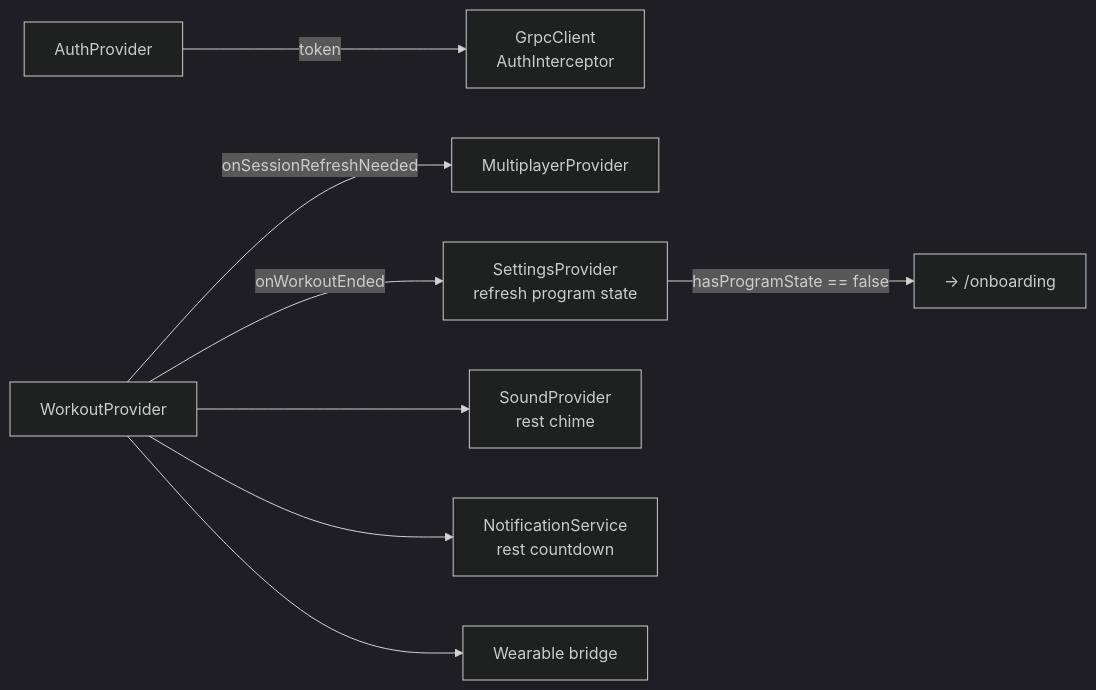
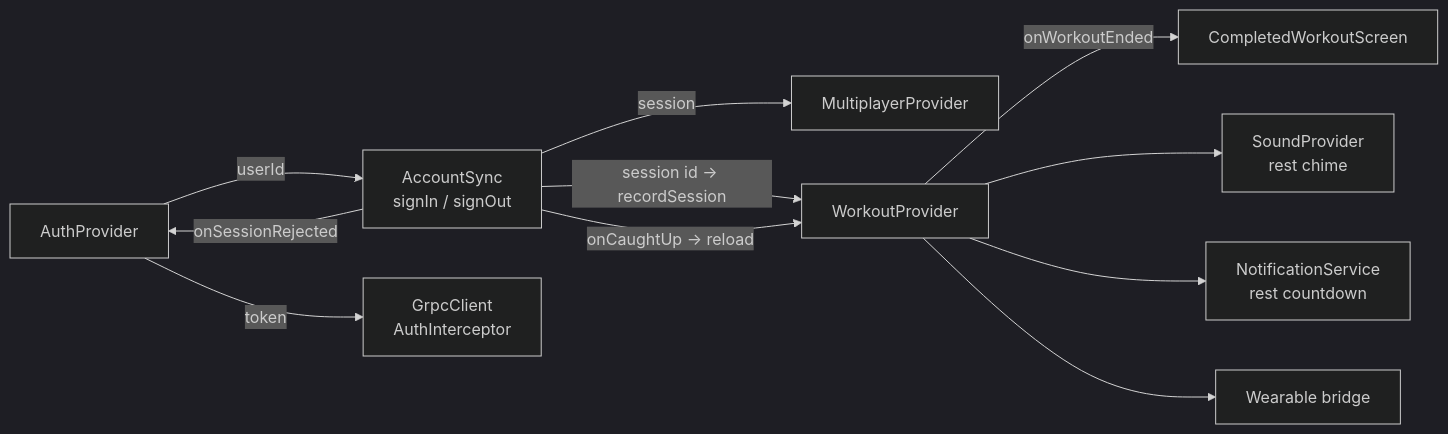
One commit to brensch/lift changed the third of 6 diagrams in docs/architecture/app.md. Above: the diagram before and after it, drawn with Mermaid (dark theme). The commit also changed other lines of this file and 214 other files, not shown here.

````diff
--- a/docs/architecture/app.md
+++ b/docs/architecture/app.md
@@ -46,10 +88,13 @@
 ```mermaid
 graph LR
-    AP["AuthProvider"] -->|"token"| GC["GrpcClient<br/>AuthInterceptor"]
-    WP["WorkoutProvider"] -->|"onSessionRefreshNeeded"| MP["MultiplayerProvider"]
-    WP -->|"onWorkoutEnded"| SP["SettingsProvider<br/>refresh program state"]
-    SP -->|"hasProgramState == false"| ONB["→ /onboarding"]
+    AP["AuthProvider"] -->|"userId"| AS["AccountSync<br/>signIn / signOut"]
+    AP -->|"token"| GC["GrpcClient<br/>AuthInterceptor"]
+    AS -->|"session"| MP["MultiplayerProvider"]
+    AS -->|"session id → recordSession"| WP["WorkoutProvider"]
+    AS -->|"onCaughtUp → reload"| WP
+    AS -->|"onSessionRejected"| AP
+    WP -->|"onWorkoutEnded"| NAV["CompletedWorkoutScreen"]
     WP --> SO["SoundProvider<br/>rest chime"]
     WP --> NS["NotificationService<br/>rest countdown"]
     WP --> WB["Wearable bridge"]
 ```
````
